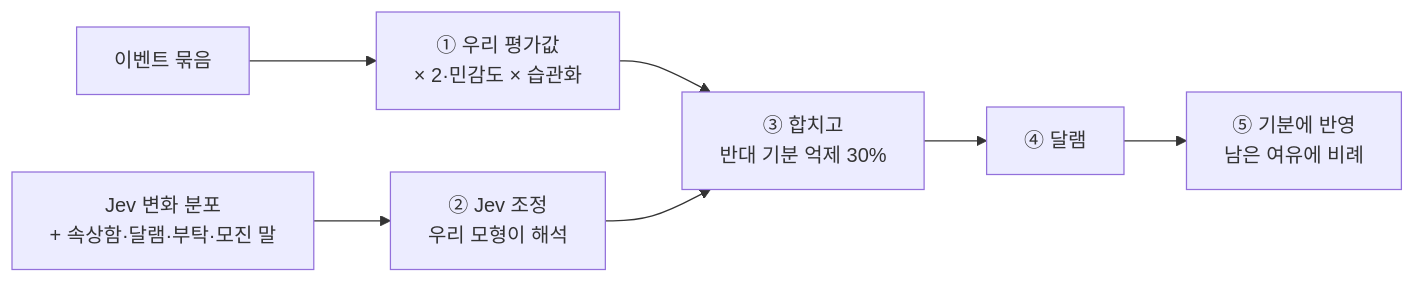
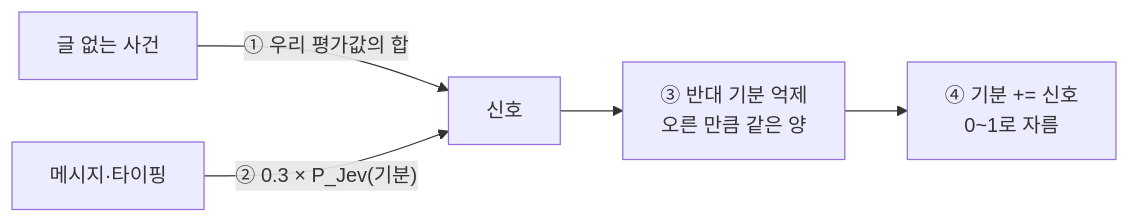
The second of 9 diagrams in ARCHITECTURE.md (HEOSEONGILml/AssistantChatBot), drawn with Mermaid before and after one commit. The commit also changed other lines of this file and 117 other files, not shown here.

````diff
--- a/ARCHITECTURE.md
+++ b/ARCHITECTURE.md
@@ -104,9 +94,7 @@
 ```mermaid
 flowchart LR
-  EV["이벤트 묶음"] --> AP["① 우리 평가값<br>× 2·민감도 × 습관화"]
-  JQ["Jev 변화 분포<br>+ 속상함·달램·부탁·모진 말"] --> JI["② Jev 조정<br>우리 모형이 해석"]
-  AP --> SUM["③ 합치고<br>반대 기분 억제 30%"]
-  JI --> SUM
-  SUM --> SO["④ 달램"]
-  SO --> M["⑤ 기분에 반영<br>남은 여유에 비례"]
+  F["글 없는 사건"] -->|"① 우리 평가값의 합"| S["신호"]
+  M["메시지·타이핑"] -->|"② 0.3 × P_Jev(기분)"| S
+  S --> O["③ 반대 기분 억제<br>오른 만큼 같은 양"]
+  O --> C["④ 기분 += 신호<br>0~1로 자름"]
 ```
````
